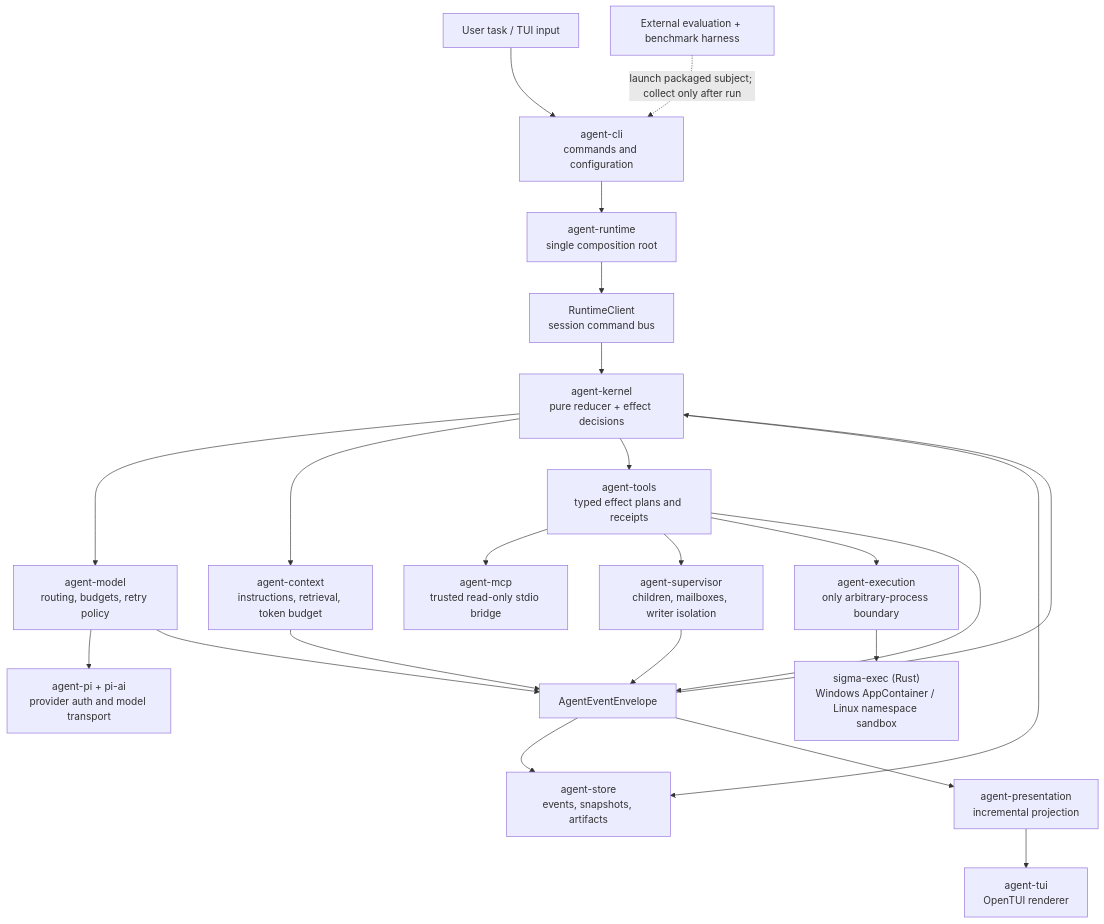
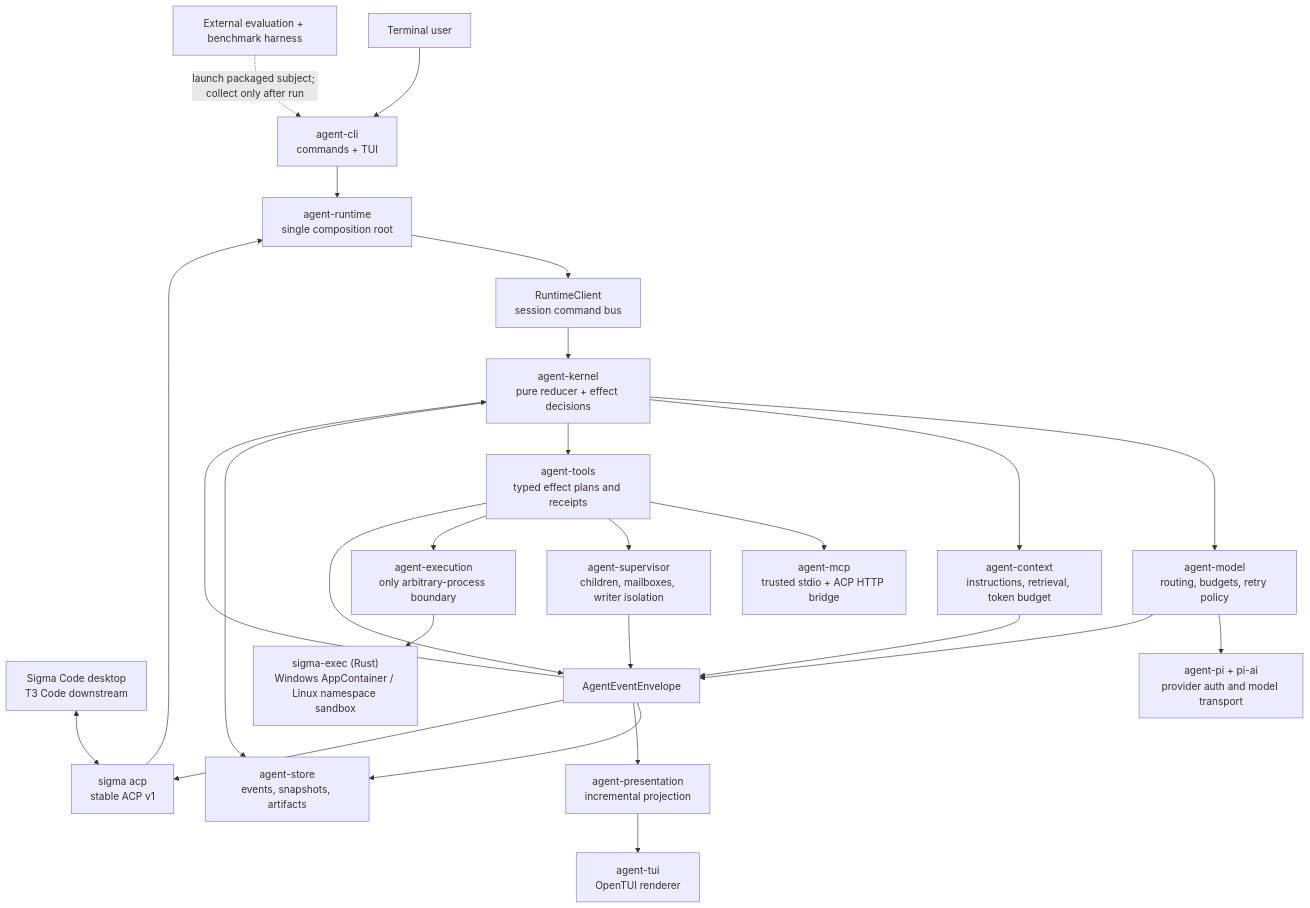
Before and after one commit to hututuQQQ/sigma: the diagram in README.md, drawn with Mermaid. The commit also changed other lines of this file and 2 other files, not shown here.

Commit message:
Refresh Sigma Code product documentation

````diff
--- a/README.md
+++ b/README.md
@@ -143,29 +185,32 @@
 ```mermaid
 flowchart TB
-  USER["User task / TUI input"] --> CLI["agent-cli<br/>commands and configuration"]
+  USER["Terminal user"] --> CLI["agent-cli<br/>commands + TUI"]
+  DESKTOP["Sigma Code desktop<br/>T3 Code downstream"] <--> ACP["sigma acp<br/>stable ACP v1"]
   CLI --> ROOT["agent-runtime<br/>single composition root"]
+  ACP --> ROOT
   ROOT --> CLIENT["RuntimeClient<br/>session command bus"]
   CLIENT --> KERNEL["agent-kernel<br/>pure reducer + effect decisions"]
 
   KERNEL --> MODEL["agent-model<br/>routing, budgets, retry policy"]
   MODEL --> PI["agent-pi + pi-ai<br/>provider auth and model transport"]
   KERNEL --> CONTEXT["agent-context<br/>instructions, retrieval, token budget"]
   KERNEL --> TOOLS["agent-tools<br/>typed effect plans and receipts"]
   KERNEL --> STORE["agent-store<br/>events, snapshots, artifacts"]
 
-  TOOLS --> MCP["agent-mcp<br/>trusted read-only stdio bridge"]
+  TOOLS --> MCP["agent-mcp<br/>trusted stdio + ACP HTTP bridge"]
   TOOLS --> SUP["agent-supervisor<br/>children, mailboxes, writer isolation"]
   TOOLS --> EXEC["agent-execution<br/>only arbitrary-process boundary"]
   EXEC --> NATIVE["sigma-exec (Rust)<br/>Windows AppContainer / Linux namespace sandbox"]
 
   MODEL --> EVENTS["AgentEventEnvelope"]
   CONTEXT --> EVENTS
   TOOLS --> EVENTS
   SUP --> EVENTS
   EVENTS --> STORE
   EVENTS --> KERNEL
   EVENTS --> PRESENT["agent-presentation<br/>incremental projection"]
   PRESENT --> TUI["agent-tui<br/>OpenTUI renderer"]
+  EVENTS --> ACP
 
   EVAL["External evaluation + benchmark harness"] -.->|"launch packaged subject; collect only after run"| CLI
 ```
````
